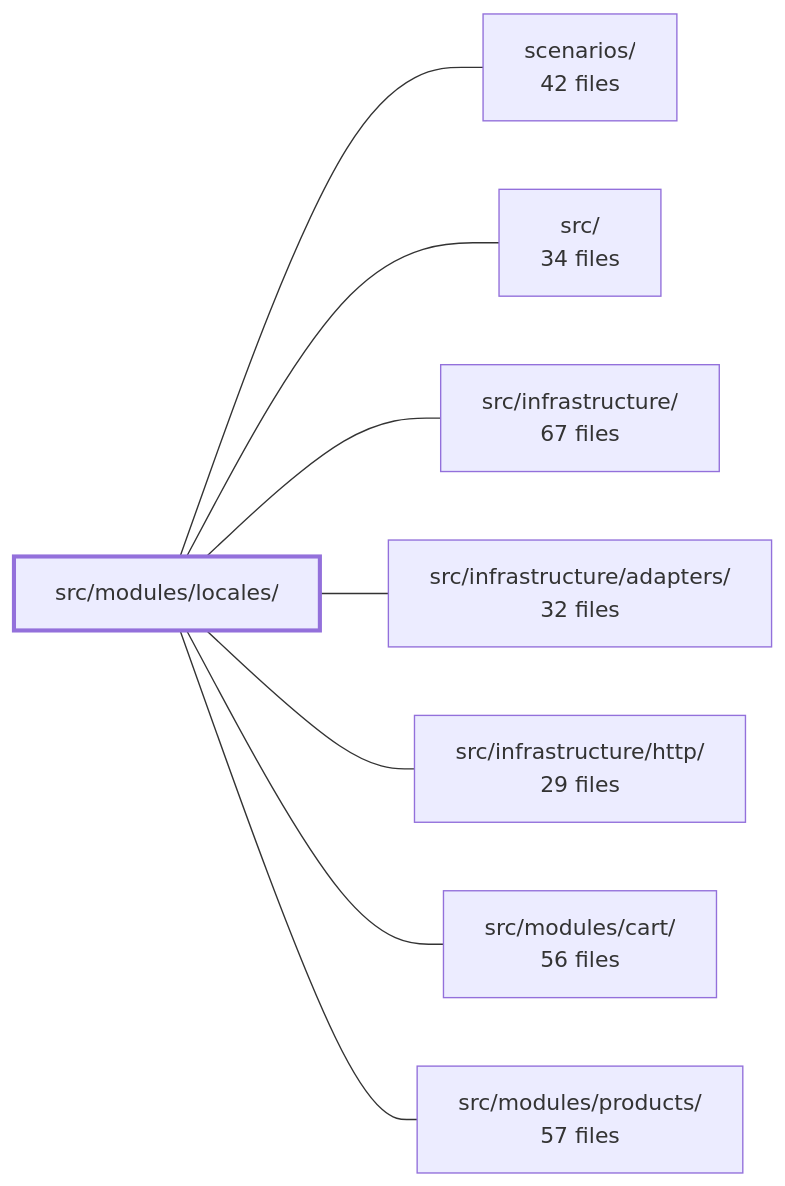
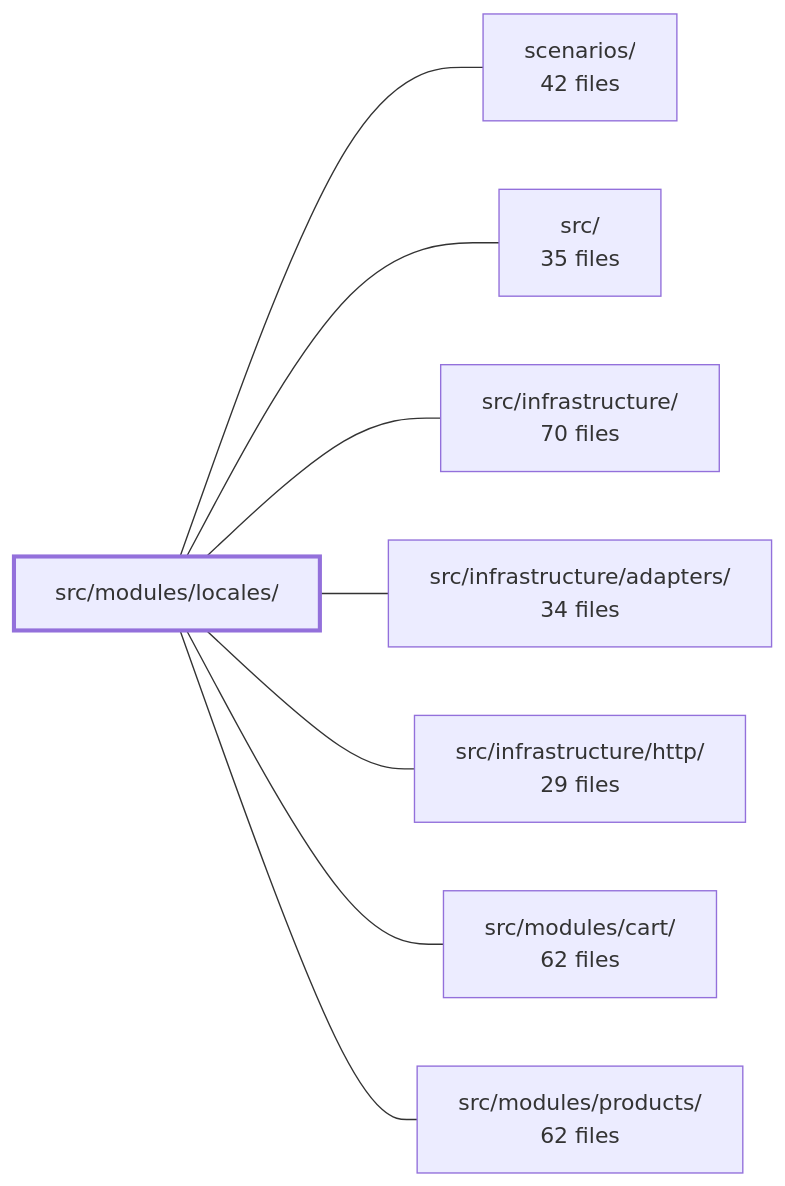
One commit to Guebbit/boilerplate-node-backend changed the diagram in .2brain/modules/boilerplate-node-backend_src_modules_locales.md. Above: the diagram before and after it, drawn with Mermaid. The commit also changed other lines of this file and 627 other files, not shown here.

````diff
--- a/.2brain/modules/boilerplate-node-backend_src_modules_locales.md
+++ b/.2brain/modules/boilerplate-node-backend_src_modules_locales.md
@@ -41,19 +40,19 @@
 ```mermaid
 flowchart LR
     m_src_modules_locales["src/modules/locales/"]
     m_scenarios["scenarios/<br/>42 files"]
-    m_src["src/<br/>34 files"]
-    m_src_infrastructure["src/infrastructure/<br/>67 files"]
-    m_src_infrastructure_adapters["src/infrastructure/adapters/<br/>32 files"]
+    m_src["src/<br/>35 files"]
+    m_src_infrastructure["src/infrastructure/<br/>70 files"]
+    m_src_infrastructure_adapters["src/infrastructure/adapters/<br/>34 files"]
     m_src_infrastructure_http["src/infrastructure/http/<br/>29 files"]
-    m_src_modules_cart["src/modules/cart/<br/>56 files"]
-    m_src_modules_products["src/modules/products/<br/>57 files"]
+    m_src_modules_cart["src/modules/cart/<br/>62 files"]
+    m_src_modules_products["src/modules/products/<br/>62 files"]
     m_src_modules_locales --- m_scenarios
     m_src_modules_locales --- m_src
     m_src_modules_locales --- m_src_infrastructure
     m_src_modules_locales --- m_src_infrastructure_adapters
     m_src_modules_locales --- m_src_infrastructure_http
     m_src_modules_locales --- m_src_modules_cart
     m_src_modules_locales --- m_src_modules_products
     style m_src_modules_locales stroke-width:3px
 ```
````
